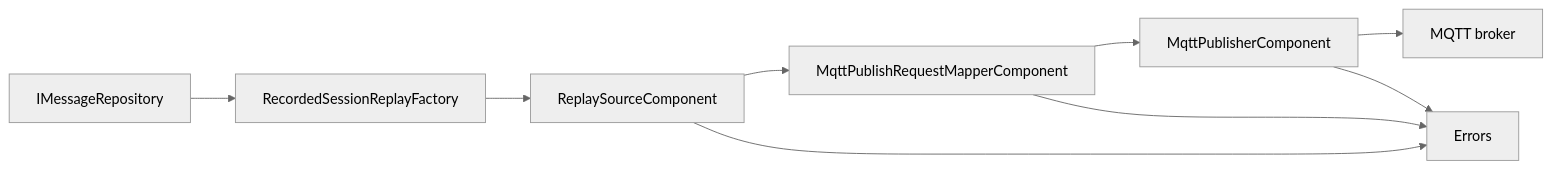
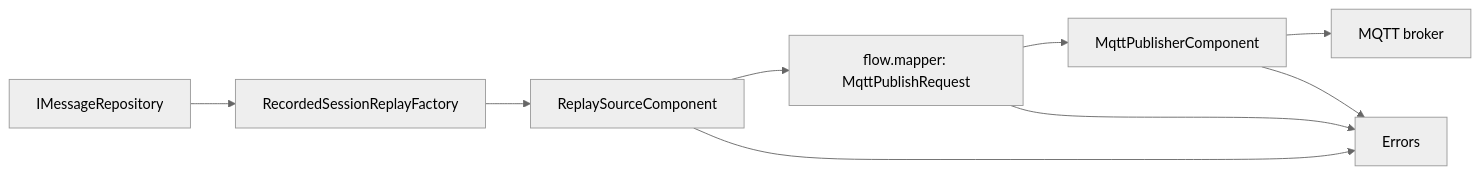
Before and after one commit to araxis/FluxMq: the fourth of 4 diagrams in docs/replay.md, drawn with Mermaid (neutral theme). The commit also changed other lines of this file and 21 other files, not shown here.

Commit message:
fix: make flow mapping explicit (#58)

````diff
--- a/docs/replay.md
+++ b/docs/replay.md
@@ -98,11 +98,11 @@
 ```mermaid
 flowchart LR
     Repository["IMessageRepository"] --> Factory["RecordedSessionReplayFactory"]
     Factory --> Replay["ReplaySourceComponent"]
-    Replay --> Mapper["MqttPublishRequestMapperComponent"]
+    Replay --> Mapper["flow.mapper: MqttPublishRequest"]
     Mapper --> Publish["MqttPublisherComponent"]
     Publish --> Broker["MQTT broker"]
     Replay --> Errors["Errors"]
     Mapper --> Errors
     Publish --> Errors
 ```
````
